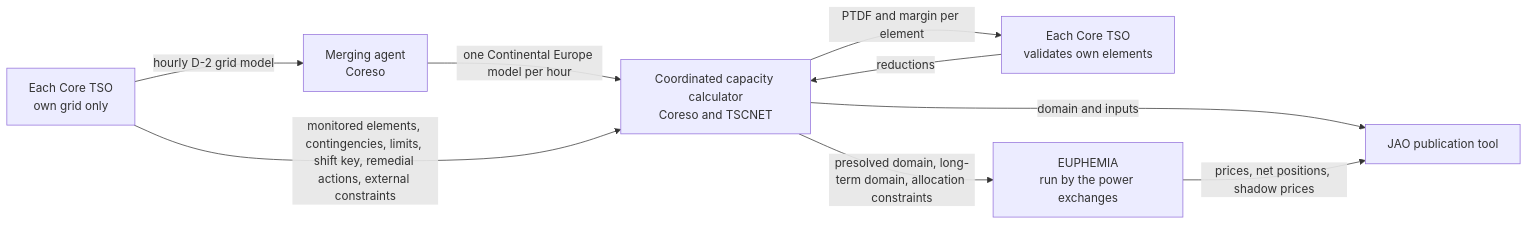
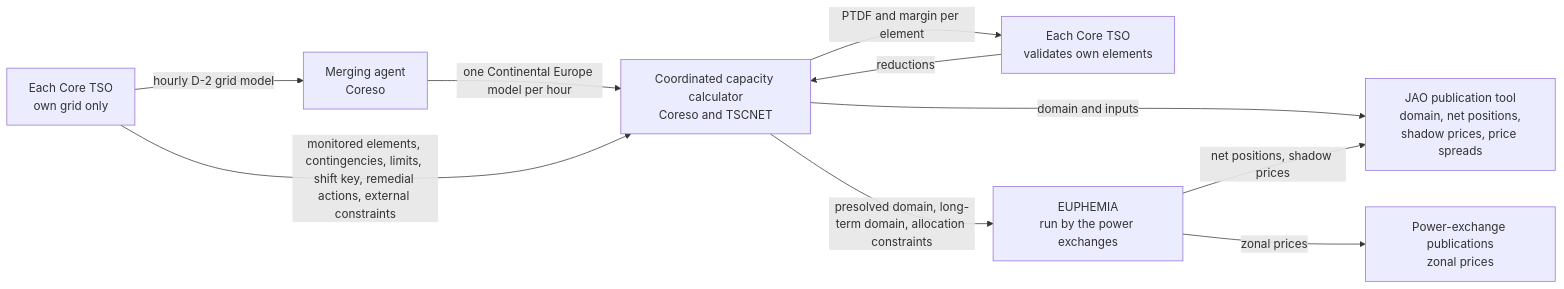
The diagram in wiki/core-day-ahead-capacity-calculation.md (zoltanmaric/coppersushi), drawn with Mermaid before and after one commit. The commit also changed other lines of this file and 3 other files, not shown here.

````diff
--- a/wiki/core-day-ahead-capacity-calculation.md
+++ b/wiki/core-day-ahead-capacity-calculation.md
@@ -97,17 +9,19 @@
 ```mermaid
 flowchart LR
     TSO["Each Core TSO<br>own grid only"]
     MA["Merging agent<br>Coreso"]
     CCC["Coordinated capacity calculator<br>Coreso and TSCNET"]
     VAL["Each Core TSO<br>validates own elements"]
-    JAO["JAO publication tool"]
+    JAO["JAO publication tool<br>domain, net positions,<br>shadow prices, price spreads"]
     EUP["EUPHEMIA<br>run by the power exchanges"]
+    PX["Power-exchange publications<br>zonal prices"]
     TSO -- "hourly D-2 grid model" --> MA
     MA -- "one Continental Europe model per hour" --> CCC
     TSO -- "monitored elements, contingencies, limits, shift key, remedial actions, external constraints" --> CCC
     CCC -- "PTDF and margin per element" --> VAL
     VAL -- "reductions" --> CCC
     CCC -- "presolved domain, long-term domain, allocation constraints" --> EUP
     CCC -- "domain and inputs" --> JAO
-    EUP -- "prices, net positions, shadow prices" --> JAO
+    EUP -- "net positions, shadow prices" --> JAO
+    EUP -- "zonal prices" --> PX
 ```
````
